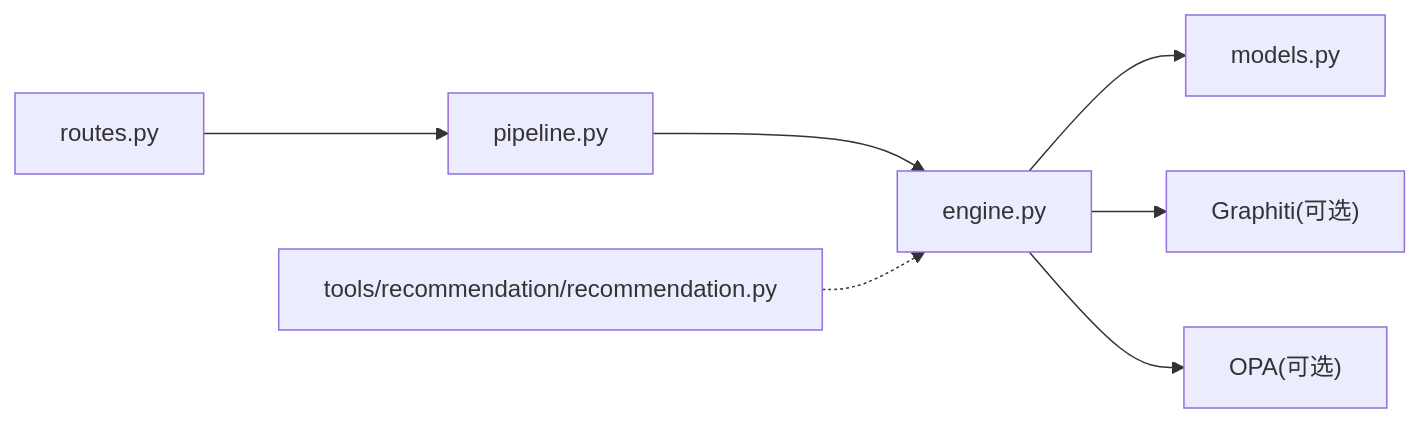
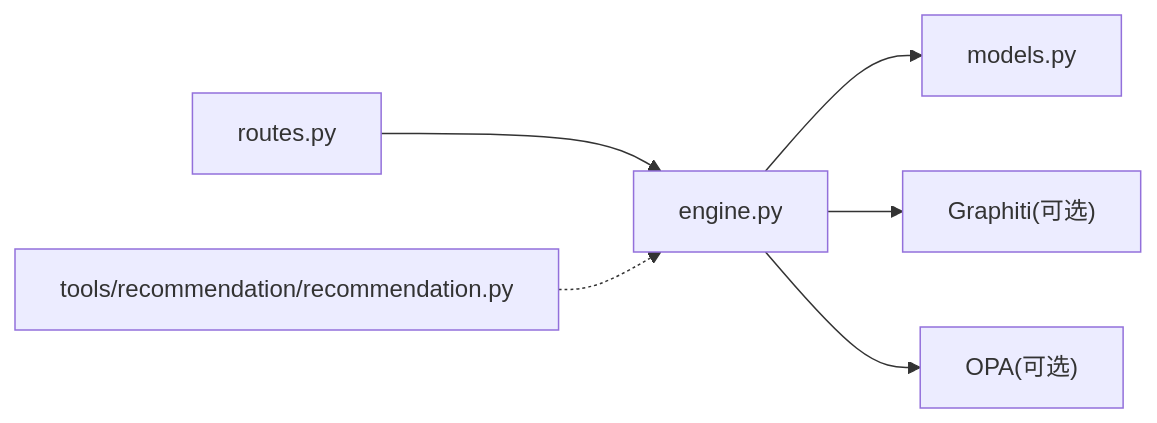
One commit to inier/ontology-graphiti changed the sixth of 6 diagrams in .qoder/repowiki/zh/content/后端服务/业务领域服务/决策支持系统/决策推荐引擎.md. Above: the diagram before and after it, drawn with Mermaid. The commit also changed other lines of this file and 8 other files, not shown here.

````diff
--- a/.qoder/repowiki/zh/content/后端服务/业务领域服务/决策支持系统/决策推荐引擎.md
+++ b/.qoder/repowiki/zh/content/后端服务/业务领域服务/决策支持系统/决策推荐引擎.md
@@ -339,9 +348,8 @@
 ```mermaid
 graph LR
-Routes["routes.py"] --> Pipeline["pipeline.py"]
-Pipeline --> Engine["engine.py"]
+Routes["routes.py"] --> Engine["engine.py"]
 Engine --> Models["models.py"]
 Engine --> Graphiti["Graphiti(可选)"]
 Engine --> OPA["OPA(可选)"]
 Tools["tools/recommendation/recommendation.py"] -.-> Engine
 ```
````
